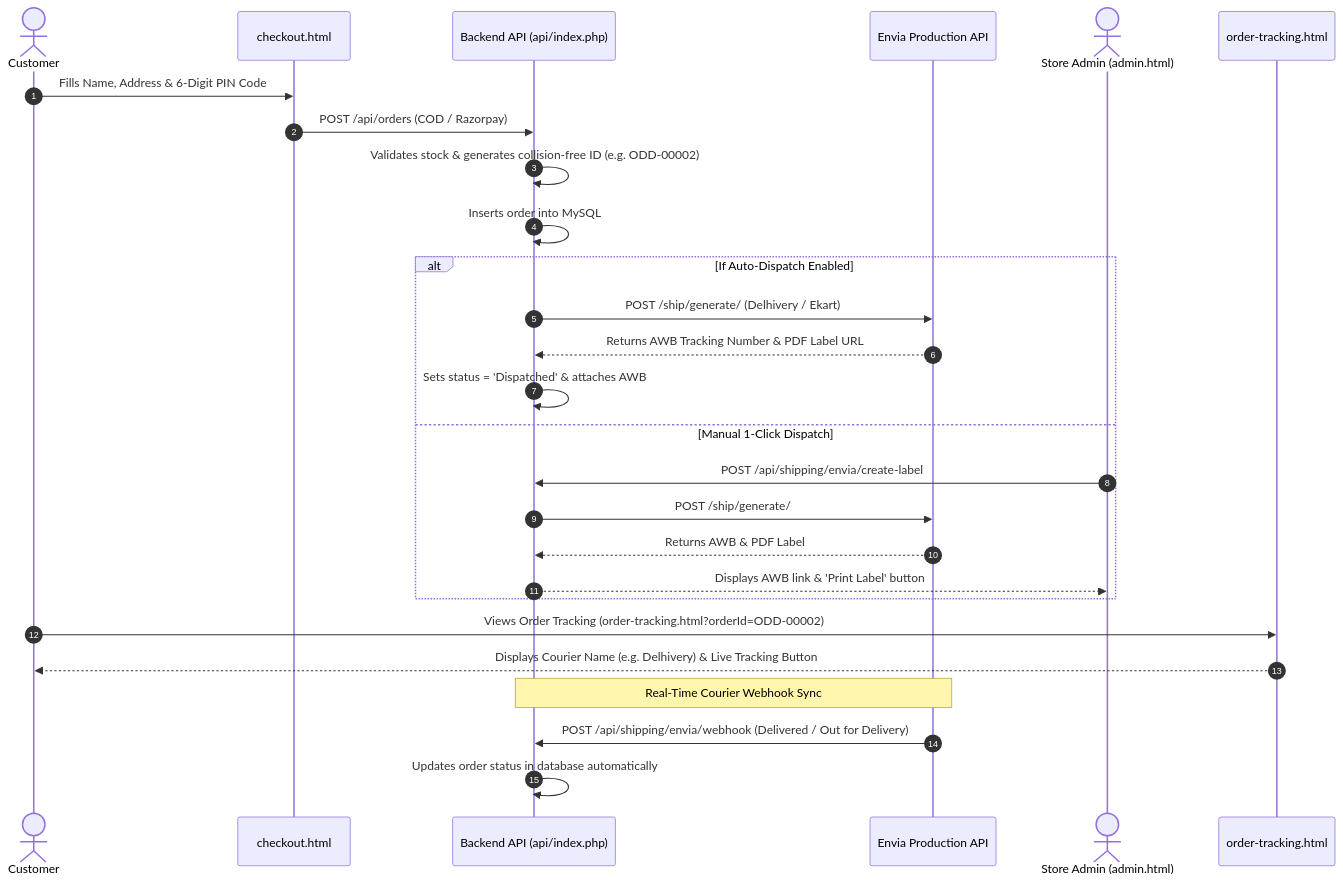
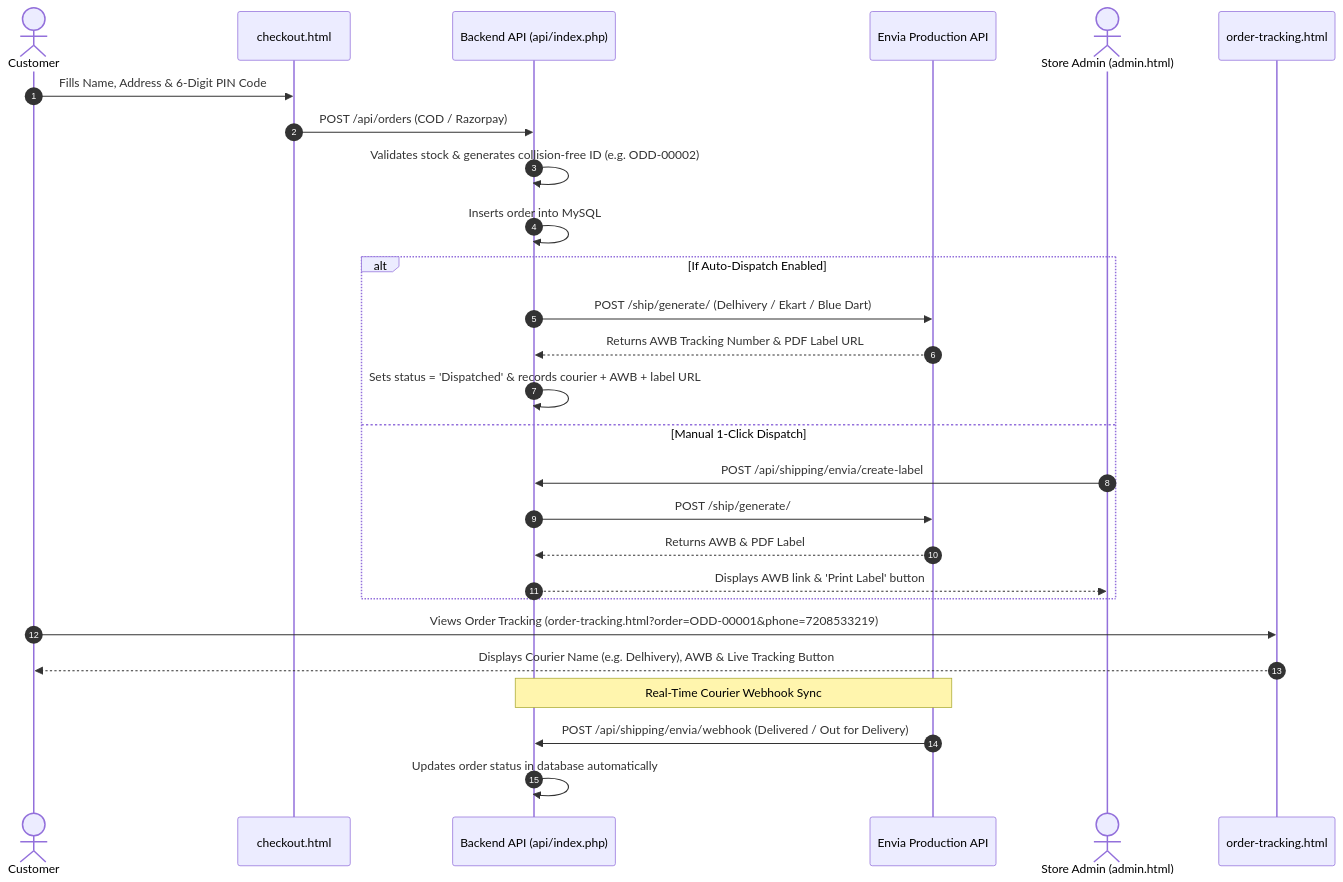
One commit to AyanChougle/ODD changed the diagram in ENVIA_PRODUCTION_WORKFLOW_GUIDE.md. Above: the diagram before and after it, drawn with Mermaid. The commit also changed other lines of this file and 64 other files, not shown here.

````diff
--- a/ENVIA_PRODUCTION_WORKFLOW_GUIDE.md
+++ b/ENVIA_PRODUCTION_WORKFLOW_GUIDE.md
@@ -11,33 +11,33 @@
 ```mermaid
 sequenceDiagram
     autonumber
     actor Customer
     participant Checkout as checkout.html
     participant Backend as Backend API (api/index.php)
     participant Envia as Envia Production API
     actor Admin as Store Admin (admin.html)
     participant Tracking as order-tracking.html
 
     Customer->>Checkout: Fills Name, Address & 6-Digit PIN Code
     Checkout->>Backend: POST /api/orders (COD / Razorpay)
     Backend->>Backend: Validates stock & generates collision-free ID (e.g. ODD-00002)
     Backend->>Backend: Inserts order into MySQL
     
     alt If Auto-Dispatch Enabled
-        Backend->>Envia: POST /ship/generate/ (Delhivery / Ekart)
+        Backend->>Envia: POST /ship/generate/ (Delhivery / Ekart / Blue Dart)
         Envia-->>Backend: Returns AWB Tracking Number & PDF Label URL
-        Backend->>Backend: Sets status = 'Dispatched' & attaches AWB
+        Backend->>Backend: Sets status = 'Dispatched' & records courier + AWB + label URL
     else Manual 1-Click Dispatch
         Admin->>Backend: POST /api/shipping/envia/create-label
         Backend->>Envia: POST /ship/generate/
         Envia-->>Backend: Returns AWB & PDF Label
         Backend-->>Admin: Displays AWB link & 'Print Label' button
     end
 
-    Customer->>Tracking: Views Order Tracking (order-tracking.html?orderId=ODD-00002)
-    Tracking-->>Customer: Displays Courier Name (e.g. Delhivery) & Live Tracking Button
+    Customer->>Tracking: Views Order Tracking (order-tracking.html?order=ODD-00001&phone=7208533219)
+    Tracking-->>Customer: Displays Courier Name (e.g. Delhivery), AWB & Live Tracking Button
 
     Note over Envia,Backend: Real-Time Courier Webhook Sync
     Envia->>Backend: POST /api/shipping/envia/webhook (Delivered / Out for Delivery)
     Backend->>Backend: Updates order status in database automatically
 ```
````
